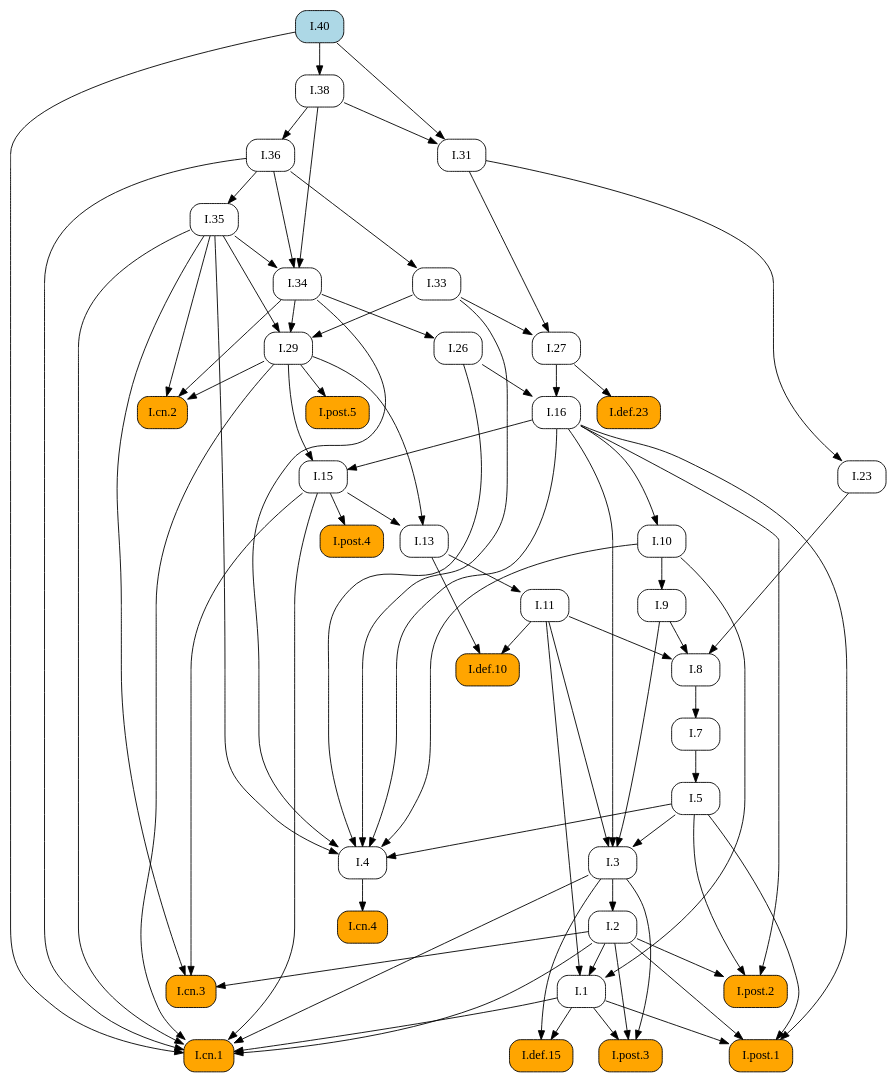
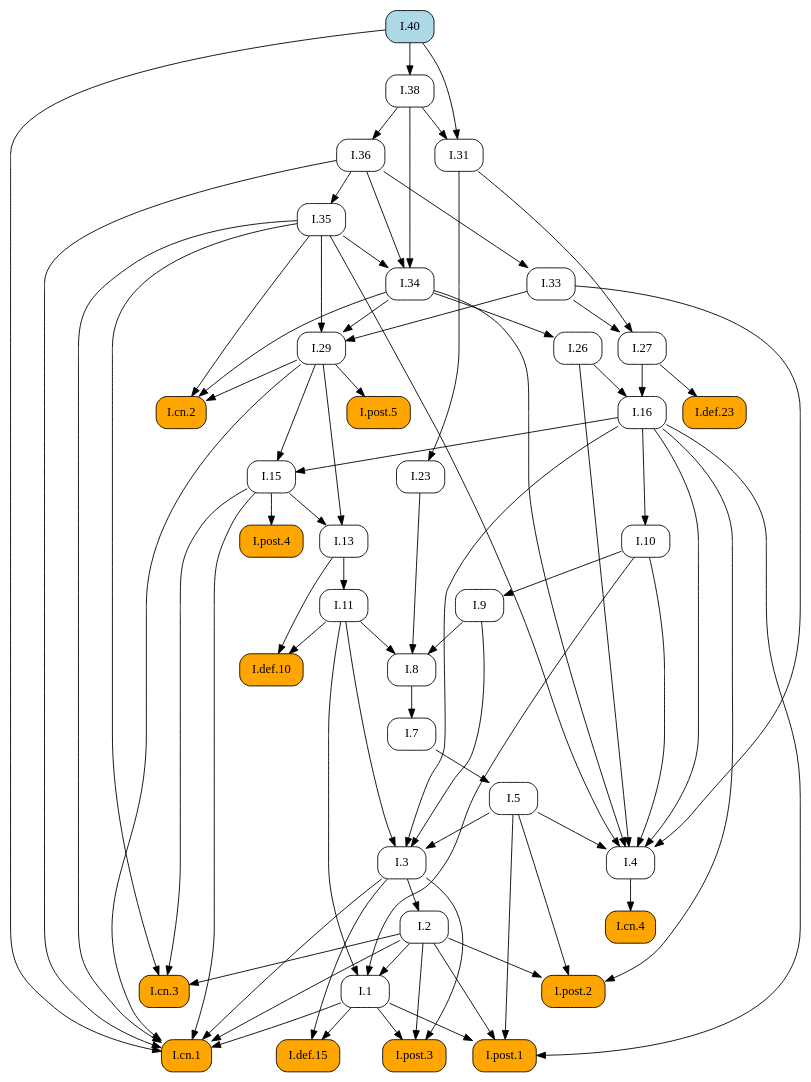
Before and after one commit to geometor/elements: the diagram in docsrc/heath/I/40/index.rst, drawn with Graphviz. The commit also changed other lines of this file and 1029 other files, not shown here.

```diff
--- a/docsrc/heath/I/40/index.rst
+++ b/docsrc/heath/I/40/index.rst
@@ -53,111 +53,61 @@
    digraph {
      rankdir="TB";
      node [shape=box, style=rounded];
+     "I.def.10" [style="rounded,filled", fillcolor=orange, URL="/heath/I/def.10/", target="_top"];
+     "I.11" [URL="/heath/I/11/", target="_top"];
+     "I.post.4" [style="rounded,filled", fillcolor=orange, URL="/heath/I/post.4/", target="_top"];
+     "I.1" [URL="/heath/I/1/", target="_top"];
+     "I.26" [URL="/heath/I/26/", target="_top"];
+     "I.29" [URL="/heath/I/29/", target="_top"];
+     "I.cn.2" [style="rounded,filled", fillcolor=orange, URL="/heath/I/cn.2/", target="_top"];
+     "I.def.15" [style="rounded,filled", fillcolor=orange, URL="/heath/I/def.15/", target="_top"];
+     "I.post.3" [style="rounded,filled", fillcolor=orange, URL="/heath/I/post.3/", target="_top"];
+     "I.cn.1" [style="rounded,filled", fillcolor=orange, URL="/heath/I/cn.1/", target="_top"];
+     "I.cn.3" [style="rounded,filled", fillcolor=orange, URL="/heath/I/cn.3/", target="_top"];
      "I.40" [style="rounded,filled", fillcolor=lightblue, URL="/heath/I/40/", target="_top"];
-     "I.cn.3" [style="rounded,filled", fillcolor=orange, URL="/heath/I/cn.3/", target="_top"];
-     "I.29" [URL="/heath/I/29/", target="_top"];
+     "I.23" [URL="/heath/I/23/", target="_top"];
+     "I.post.1" [style="rounded,filled", fillcolor=orange, URL="/heath/I/post.1/", target="_top"];
+     "I.35" [URL="/heath/I/35/", target="_top"];
+     "I.36" [URL="/heath/I/36/", target="_top"];
+     "I.27" [URL="/heath/I/27/", target="_top"];
      "I.7" [URL="/heath/I/7/", target="_top"];
-     "I.27" [URL="/heath/I/27/", target="_top"];
+     "I.34" [URL="/heath/I/34/", target="_top"];
+     "I.3" [URL="/heath/I/3/", target="_top"];
+     "I.2" [URL="/heath/I/2/", target="_top"];
+     "I.def.23" [style="rounded,filled", fillcolor=orange, URL="/heath/I/def.23/", target="_top"];
+     "I.4" [URL="/heath/I/4/", target="_top"];
+     "I.13" [URL="/heath/I/13/", target="_top"];
+     "I.33" [URL="/heath/I/33/", target="_top"];
+     "I.31" [URL="/heath/I/31/", target="_top"];
+     "I.post.2" [style="rounded,filled", fillcolor=orange, URL="/heath/I/post.2/", target="_top"];
+     "I.16" [URL="/heath/I/16/", target="_top"];
+     "I.9" [URL="/heath/I/9/", target="_top"];
+     "I.8" [URL="/heath/I/8/", target="_top"];
+     "I.cn.4" [style="rounded,filled", fillcolor=orange, URL="/heath/I/cn.4/", target="_top"];
+     "I.15" [URL="/heath/I/15/", target="_top"];
+     "I.post.5" [style="rounded,filled", fillcolor=orange, URL="/heath/I/post.5/", target="_top"];
      "I.38" [URL="/heath/I/38/", target="_top"];
-     "I.def.23" [style="rounded,filled", fillcolor=orange, URL="/heath/I/def.23/", target="_top"];
-     "I.34" [URL="/heath/I/34/", target="_top"];
-     "I.8" [URL="/heath/I/8/", target="_top"];
-     "I.9" [URL="/heath/I/9/", target="_top"];
-     "I.post.4" [style="rounded,filled", fillcolor=orange, URL="/heath/I/post.4/", target="_top"];
-     "I.2" [URL="/heath/I/2/", target="_top"];
-     "I.def.15" [style="rounded,filled", fillcolor=orange, URL="/heath/I/def.15/", target="_top"];
-     "I.1" [URL="/heath/I/1/", target="_top"];
-     "I.post.1" [style="rounded,filled", fillcolor=orange, URL="/heath/I/post.1/", target="_top"];
-     "I.cn.4" [style="rounded,filled", fillcolor=orange, URL="/heath/I/cn.4/", target="_top"];
-     "I.26" [URL="/heath/I/26/", target="_top"];
-     "I.33" [URL="/heath/I/33/", target="_top"];
-     "I.23" [URL="/heath/I/23/", target="_top"];
-     "I.13" [URL="/heath/I/13/", target="_top"];
-     "I.cn.2" [style="rounded,filled", fillcolor=orange, URL="/heath/I/cn.2/", target="_top"];
+     "I.10" [URL="/heath/I/10/", target="_top"];
      "I.5" [URL="/heath/I/5/", target="_top"];
-     "I.11" [URL="/heath/I/11/", target="_top"];
-     "I.10" [URL="/heath/I/10/", target="_top"];
-     "I.4" [URL="/heath/I/4/", target="_top"];
-     "I.3" [URL="/heath/I/3/", target="_top"];
-     "I.16" [URL="/heath/I/16/", target="_top"];
-     "I.31" [URL="/heath/I/31/", target="_top"];
-     "I.def.10" [style="rounded,filled", fillcolor=orange, URL="/heath/I/def.10/", target="_top"];
-     "I.post.2" [style="rounded,filled", fillcolor=orange, URL="/heath/I/post.2/", target="_top"];
-     "I.post.3" [style="rounded,filled", fillcolor=orange, URL="/heath/I/post.3/", target="_top"];
-     "I.post.5" [style="rounded,filled", fillcolor=orange, URL="/heath/I/post.5/", target="_top"];
-     "I.36" [URL="/heath/I/36/", target="_top"];
-     "I.35" [URL="/heath/I/35/", target="_top"];
-     "I.15" [URL="/heath/I/15/", target="_top"];
-     "I.cn.1" [style="rounded,filled", fillcolor=orange, URL="/heath/I/cn.1/", target="_top"];
-     "I.2" -> "I.cn.3";
-     "I.15" -> "I.cn.3";
-     "I.35" -> "I.cn.3";
+     "I.11" -> "I.def.10";
+     "I.13" -> "I.def.10";
+     "I.13" -> "I.11";
+     "I.15" -> "I.post.4";
+     "I.2" -> "I.1";
+     "I.10" -> "I.1";
+     "I.11" -> "I.1";
+     "I.34" -> "I.26";
      "I.33" -> "I.29";
      "I.34" -> "I.29";
      "I.35" -> "I.29";
-     "I.8" -> "I.7";
-     "I.31" -> "I.27";
-     "I.33" -> "I.27";
-     "I.40" -> "I.38";
-     "I.27" -> "I.def.23";
-     "I.35" -> "I.34";
-     "I.36" -> "I.34";
-     "I.38" -> "I.34";
-     "I.9" -> "I.8";
-     "I.11" -> "I.8";
-     "I.23" -> "I.8";
-     "I.10" -> "I.9";
-     "I.15" -> "I.post.4";
-     "I.3" -> "I.2";
-     "I.1" -> "I.def.15";
-     "I.3" -> "I.def.15";
-     "I.2" -> "I.1";
-     "I.10" -> "I.1";
-     "I.11" -> "I.1";
-     "I.1" -> "I.post.1";
-     "I.2" -> "I.post.1";
-     "I.5" -> "I.post.1";
-     "I.16" -> "I.post.1";
-     "I.4" -> "I.cn.4";
-     "I.34" -> "I.26";
-     "I.36" -> "I.33";
-     "I.31" -> "I.23";
-     "I.15" -> "I.13";
-     "I.29" -> "I.13";
      "I.29" -> "I.cn.2";
      "I.34" -> "I.cn.2";
      "I.35" -> "I.cn.2";
-     "I.7" -> "I.5";
-     "I.13" -> "I.11";
-     "I.16" -> "I.10";
-     "I.5" -> "I.4";
-     "I.10" -> "I.4";
-     "I.16" -> "I.4";
-     "I.26" -> "I.4";
-     "I.33" -> "I.4";
-     "I.34" -> "I.4";
-     "I.35" -> "I.4";
-     "I.5" -> "I.3";
-     "I.9" -> "I.3";
-     "I.11" -> "I.3";
-     "I.16" -> "I.3";
-     "I.26" -> "I.16";
-     "I.27" -> "I.16";
-     "I.38" -> "I.31";
-     "I.40" -> "I.31";
-     "I.11" -> "I.def.10";
-     "I.13" -> "I.def.10";
-     "I.2" -> "I.post.2";
-     "I.5" -> "I.post.2";
-     "I.16" -> "I.post.2";
+     "I.1" -> "I.def.15";
+     "I.3" -> "I.def.15";
      "I.1" -> "I.post.3";
      "I.2" -> "I.post.3";
      "I.3" -> "I.post.3";
-     "I.29" -> "I.post.5";
-     "I.38" -> "I.36";
-     "I.36" -> "I.35";
-     "I.16" -> "I.15";
-     "I.29" -> "I.15";
      "I.1" -> "I.cn.1";
      "I.2" -> "I.cn.1";
      "I.3" -> "I.cn.1";
@@ -166,4 +116,54 @@
      "I.35" -> "I.cn.1";
      "I.36" -> "I.cn.1";
      "I.40" -> "I.cn.1";
+     "I.2" -> "I.cn.3";
+     "I.15" -> "I.cn.3";
+     "I.35" -> "I.cn.3";
+     "I.31" -> "I.23";
+     "I.1" -> "I.post.1";
+     "I.2" -> "I.post.1";
+     "I.5" -> "I.post.1";
+     "I.16" -> "I.post.1";
+     "I.36" -> "I.35";
+     "I.38" -> "I.36";
+     "I.31" -> "I.27";
+     "I.33" -> "I.27";
+     "I.8" -> "I.7";
+     "I.35" -> "I.34";
+     "I.36" -> "I.34";
+     "I.38" -> "I.34";
+     "I.5" -> "I.3";
+     "I.9" -> "I.3";
+     "I.11" -> "I.3";
+     "I.16" -> "I.3";
+     "I.3" -> "I.2";
+     "I.27" -> "I.def.23";
+     "I.5" -> "I.4";
+     "I.10" -> "I.4";
+     "I.16" -> "I.4";
+     "I.26" -> "I.4";
+     "I.33" -> "I.4";
+     "I.34" -> "I.4";
+     "I.35" -> "I.4";
+     "I.15" -> "I.13";
+     "I.29" -> "I.13";
+     "I.36" -> "I.33";
+     "I.38" -> "I.31";
+     "I.40" -> "I.31";
+     "I.2" -> "I.post.2";
+     "I.5" -> "I.post.2";
+     "I.16" -> "I.post.2";
+     "I.26" -> "I.16";
+     "I.27" -> "I.16";
+     "I.10" -> "I.9";
+     "I.9" -> "I.8";
+     "I.11" -> "I.8";
+     "I.23" -> "I.8";
+     "I.4" -> "I.cn.4";
+     "I.16" -> "I.15";
+     "I.29" -> "I.15";
+     "I.29" -> "I.post.5";
+     "I.40" -> "I.38";
+     "I.16" -> "I.10";
+     "I.7" -> "I.5";
    }
```
